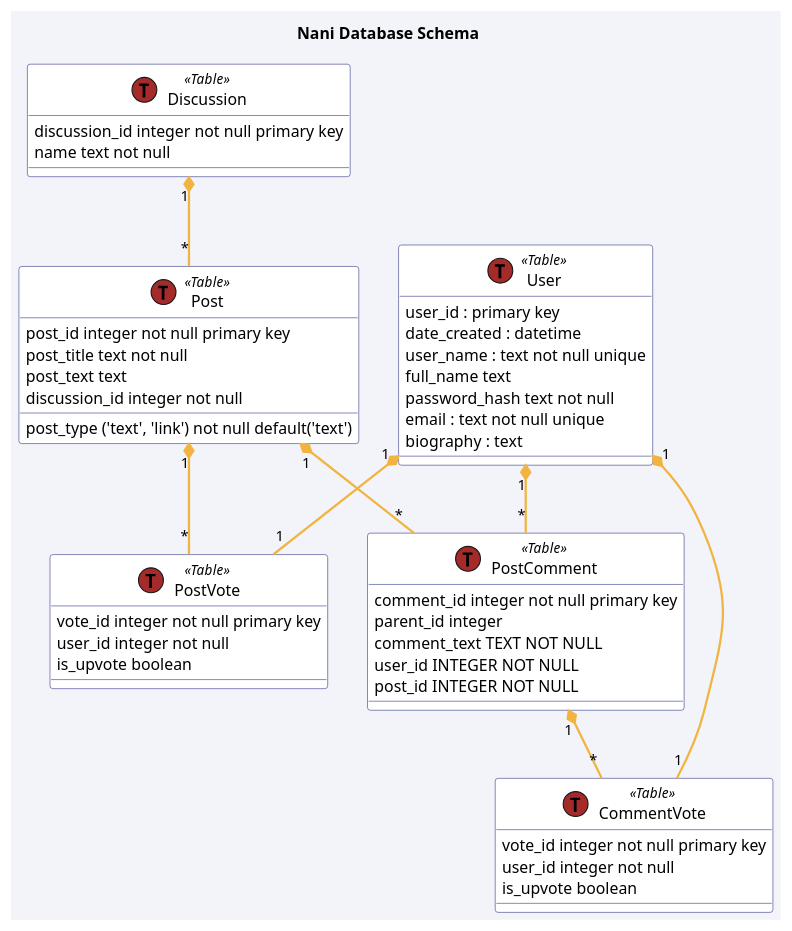
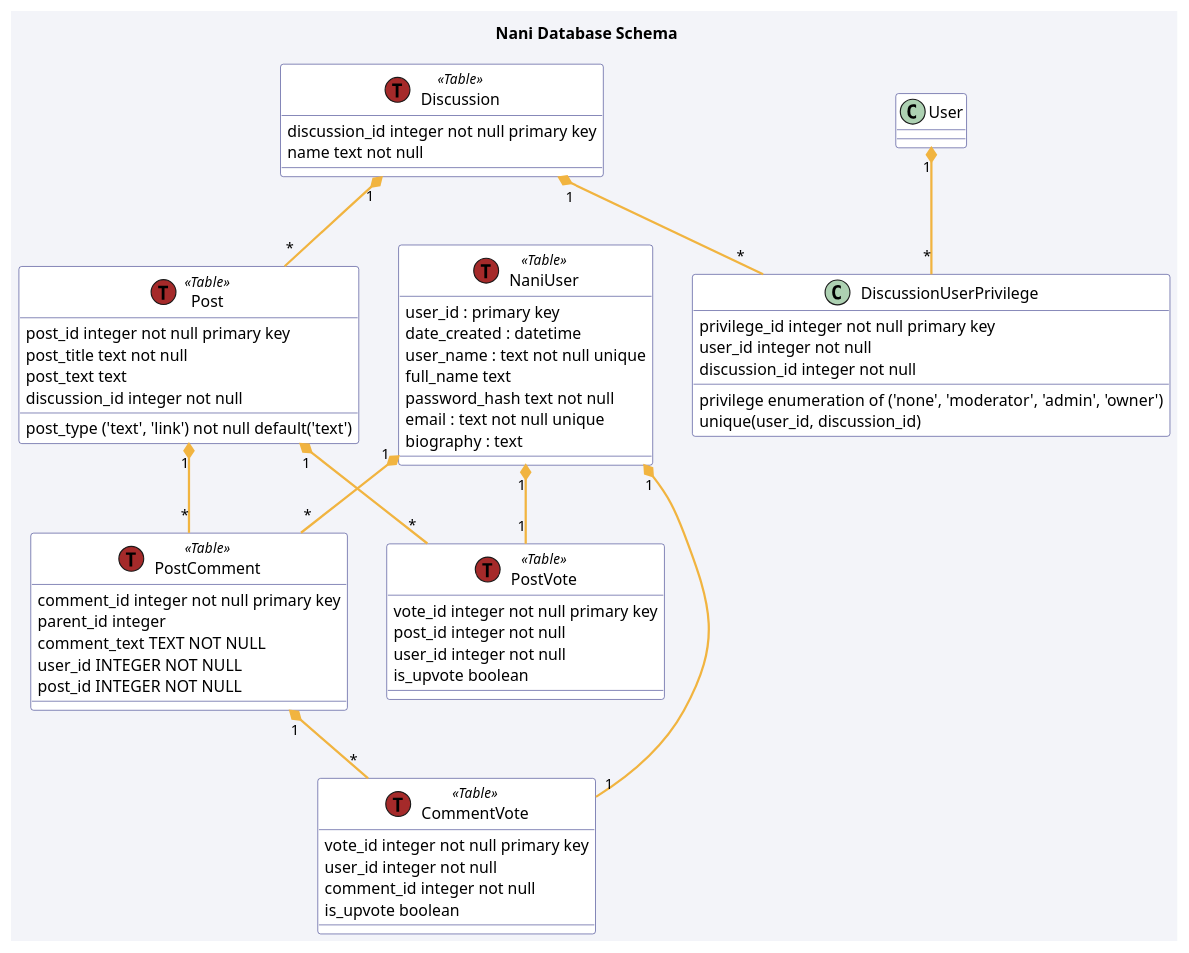
Before and after one commit to Zap-tech/nani: the diagram in doc/spec/nani_design.org, drawn with PlantUML. The commit also changed 1 other file, not shown here.

Commit message:
updated database schema

```diff
--- a/doc/spec/nani_design.org
+++ b/doc/spec/nani_design.org
@@ -10,64 +10,76 @@
    #+BEGIN_SRC plantuml :file database_schema.png
 
    skinparam BackgroundColor #F3F4F9
    skinparam RoundCorner 5
    skinparam class {
      BackgroundColor White
      ArrowColor #F1B440
      ArrowThickness 2
      BorderColor #292D83
    }   
 
    title Nani Database Schema
 
-   class User << (T,brown) Table >> {
+   class NaniUser << (T,brown) Table >> {
      user_id : primary key
      date_created : datetime
      user_name : text not null unique
      full_name text
      password_hash text not null
      email : text not null unique
      biography : text
    }
 
    class Discussion << (T,brown) Table >> {
      discussion_id integer not null primary key
      name text not null
    }
 
+   Discussion "1" *-- "*" DiscussionUserPrivilege
+   User "1" *-- "*" DiscussionUserPrivilege
+   class DiscussionUserPrivilege {
+     privilege_id integer not null primary key
+     user_id integer not null
+     discussion_id integer not null
+     privilege enumeration of ('none', 'moderator', 'admin', 'owner')
+     unique(user_id, discussion_id)
+   }
+
    Discussion "1" *-- "*" Post
    class Post << (T,brown) Table >> {
      post_id integer not null primary key
      post_title text not null
      post_text text
      post_type ('text', 'link') not null default('text')
      discussion_id integer not null
    }
 
-   User "1" *-- "1" PostVote
+   NaniUser "1" *-- "1" PostVote
    Post "1" *-- "*" PostVote
    class PostVote << (T,brown) Table >> {
      vote_id integer not null primary key
+     post_id integer not null
      user_id integer not null
      is_upvote boolean
    }
 
-   User "1" *-- "*" PostComment
+   NaniUser "1" *-- "*" PostComment
    Post "1" *-- "*" PostComment
    class PostComment << (T,brown) Table >>  {
      comment_id integer not null primary key
      parent_id integer
      comment_text TEXT NOT NULL
      user_id INTEGER NOT NULL
      post_id INTEGER NOT NULL
    }
 
-   User "1" *-- "1" CommentVote
+   NaniUser "1" *-- "1" CommentVote
    PostComment "1" *-- "*" CommentVote
    class CommentVote << (T,brown) Table >> {
      vote_id integer not null primary key
      user_id integer not null
+     comment_id integer not null
      is_upvote boolean
    }
 
    #+END_SRC
```
